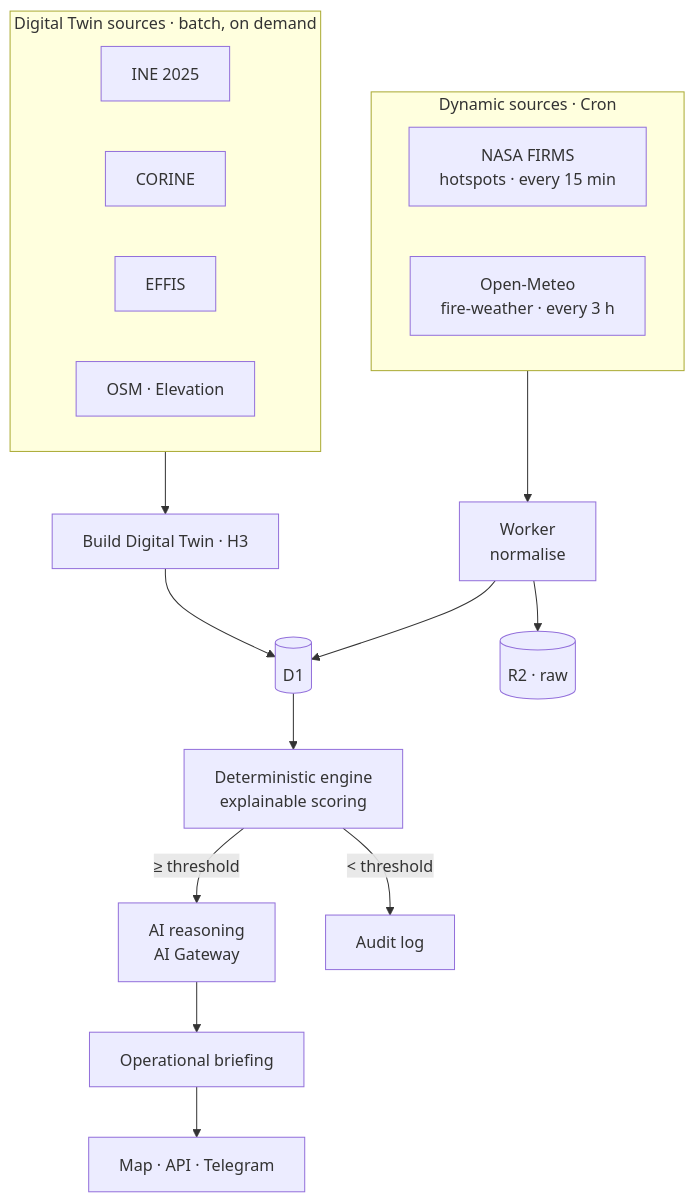
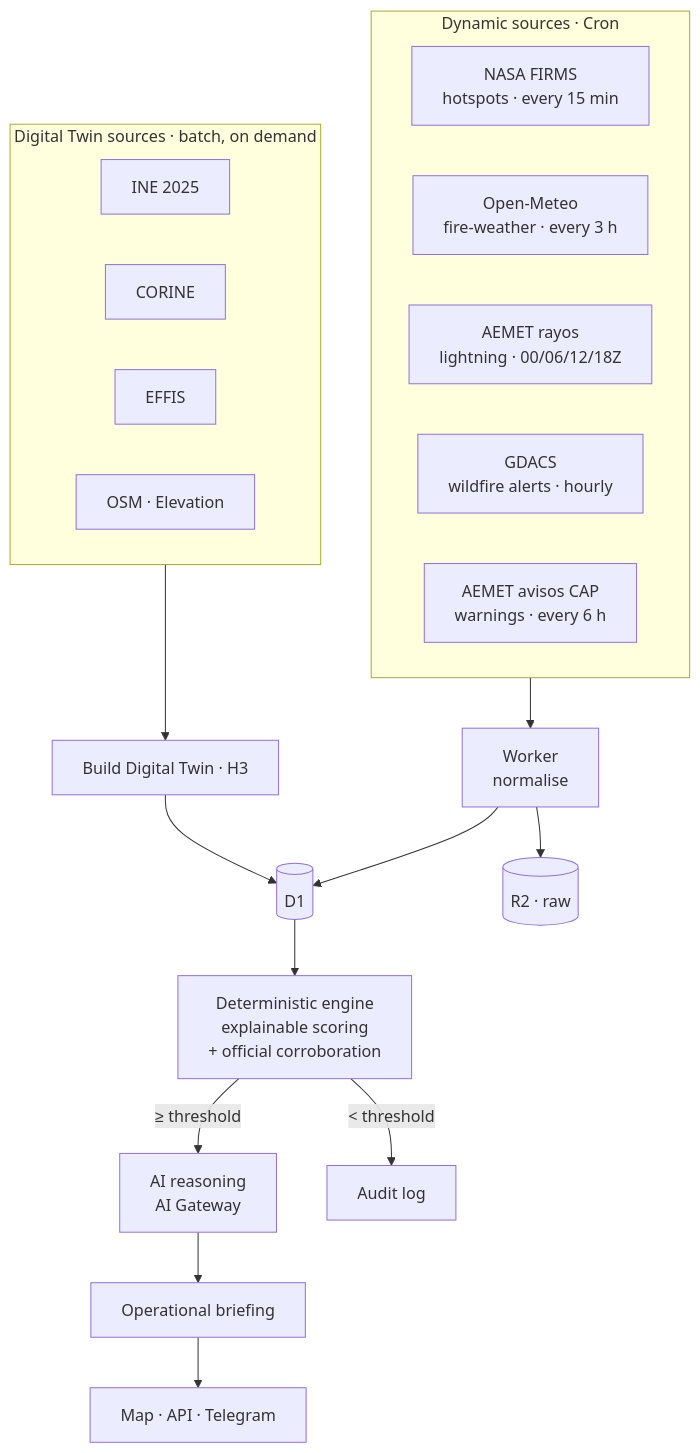
Before and after one commit to dromerosm/geospatial-intelligent-platform: the diagram in docs/architecture.md, drawn with Mermaid. The commit also changed other lines of this file and 12 other files, not shown here.

First line of the commit message:
Phase 3: ingest official hazard alerts (GDACS + AEMET avisos)

````diff
--- a/docs/architecture.md
+++ b/docs/architecture.md
@@ -8,25 +8,28 @@
 ```mermaid
 flowchart TB
   subgraph DYN["Dynamic sources · Cron"]
     direction LR
     FIRMS["NASA FIRMS<br/>hotspots · every 15 min"]
     METEO["Open-Meteo<br/>fire-weather · every 3 h"]
+    RAYOS["AEMET rayos<br/>lightning · 00/06/12/18Z"]
+    GDACS["GDACS<br/>wildfire alerts · hourly"]
+    AVISOS["AEMET avisos CAP<br/>warnings · every 6 h"]
   end
   subgraph SRC["Digital Twin sources · batch, on demand"]
     direction LR
     INE["INE 2025"]
     CLC["CORINE"]
     EFFIS["EFFIS"]
     OSM["OSM · Elevation"]
   end
   DYN --> WK["Worker<br/>normalise"]
   WK --> D1[("D1")]
   WK --> R2[("R2 · raw")]
   SRC --> BLD["Build Digital Twin · H3"]
   BLD --> D1
-  D1 --> DET["Deterministic engine<br/>explainable scoring"]
+  D1 --> DET["Deterministic engine<br/>explainable scoring<br/>+ official corroboration"]
   DET -->|"≥ threshold"| AIG["AI reasoning<br/>AI Gateway"]
   DET -->|"< threshold"| AUD["Audit log"]
   AIG --> BR["Operational briefing"]
   BR --> OPS["Map · API · Telegram"]
 ```
````
